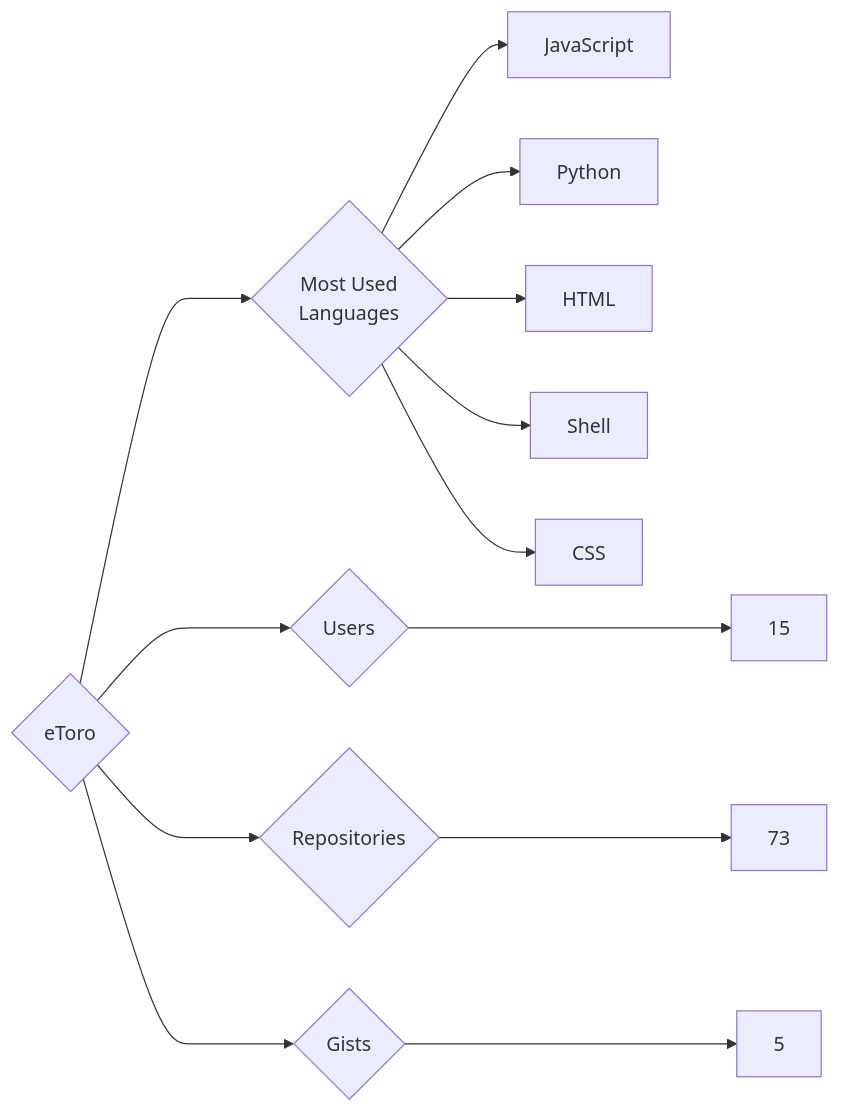
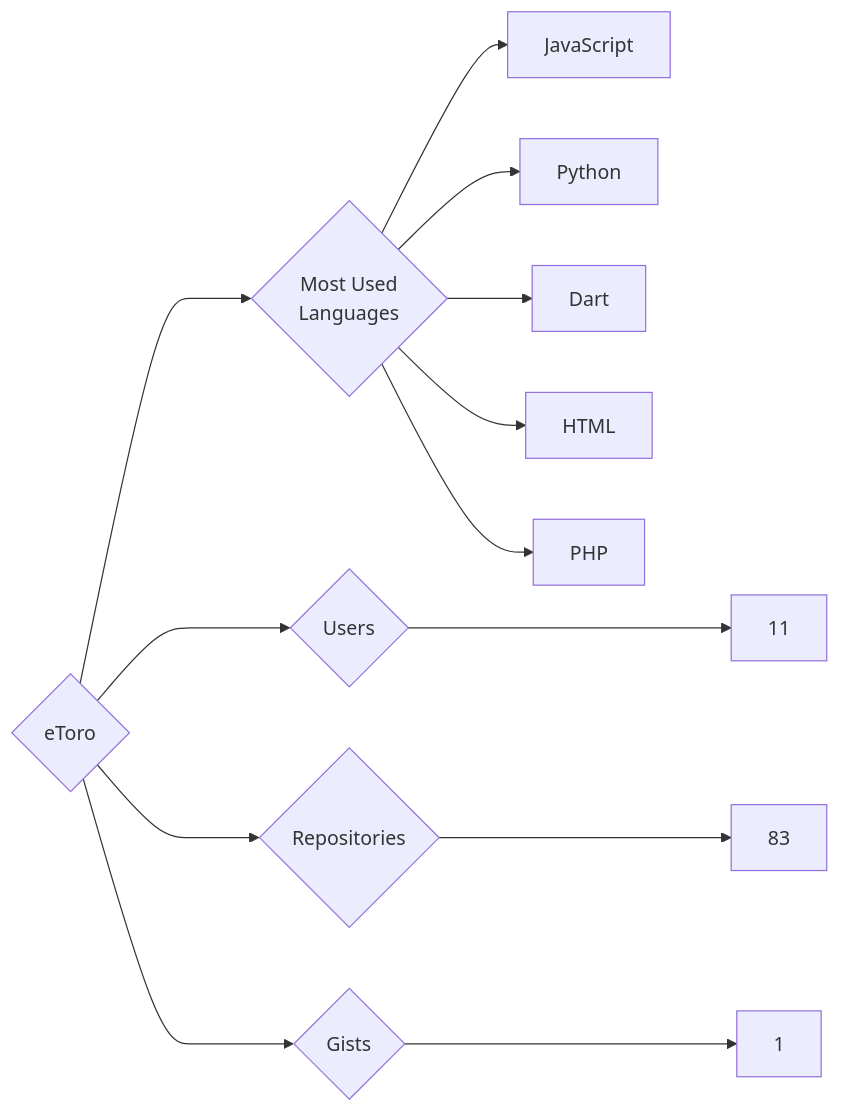
One commit to trickest/insiders changed the diagram in targets/eToro/README.md. Above: the diagram before and after it, drawn with Mermaid. The commit also changed 955 other files, not shown here.

````diff
--- a/targets/eToro/README.md
+++ b/targets/eToro/README.md
@@ -3,13 +3,13 @@
 ```mermaid
 graph LR
 COMPANY_NAME{eToro}
-COMPANY_NAME ---> U{Users} ---> UN[15]
-COMPANY_NAME ---> R{Repositories} ---> RN[73]
-COMPANY_NAME ---> G{Gists} ---> GN[5]
+COMPANY_NAME ---> U{Users} ---> UN[11]
+COMPANY_NAME ---> R{Repositories} ---> RN[83]
+COMPANY_NAME ---> G{Gists} ---> GN[1]
 COMPANY_NAME ---> ML{Most Used<br>Languages}
 ML --> JavaScript[JavaScript]
 ML --> Python[Python]
+ML --> Dart[Dart]
 ML --> HTML[HTML]
-ML --> Shell[Shell]
-ML --> CSS[CSS]
+ML --> PHP[PHP]
 ```
````
